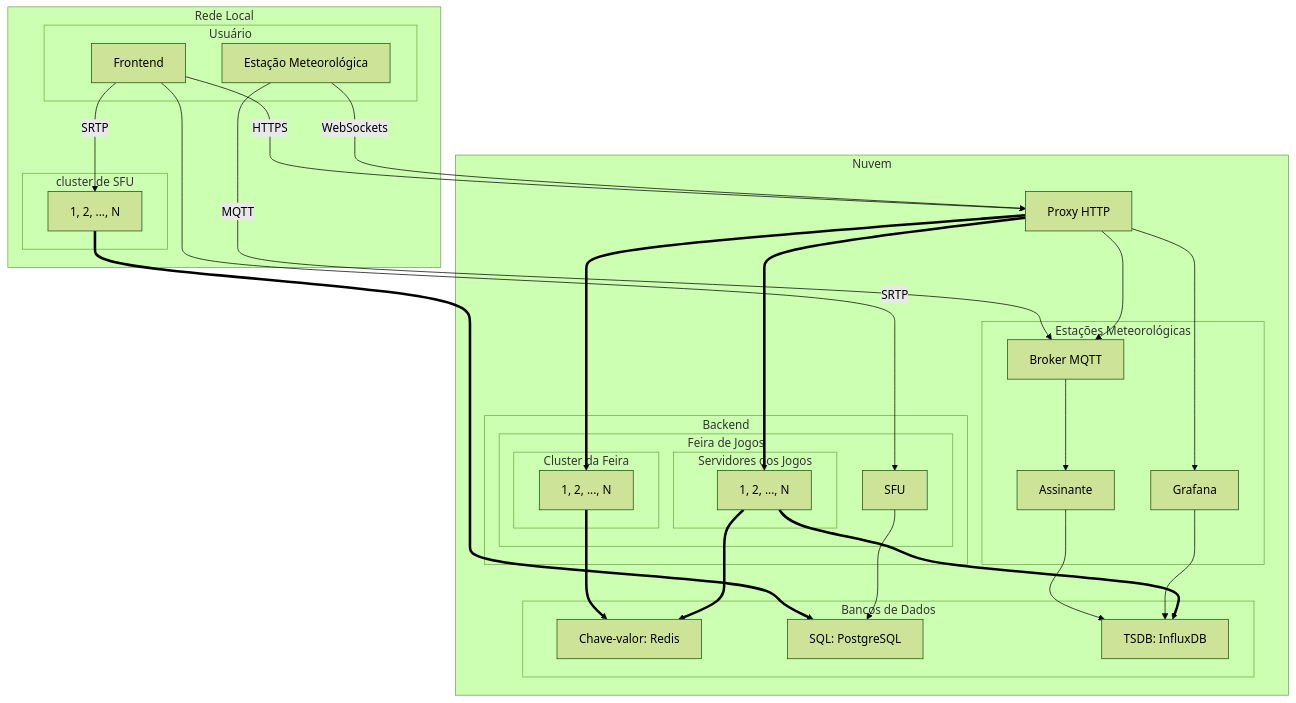
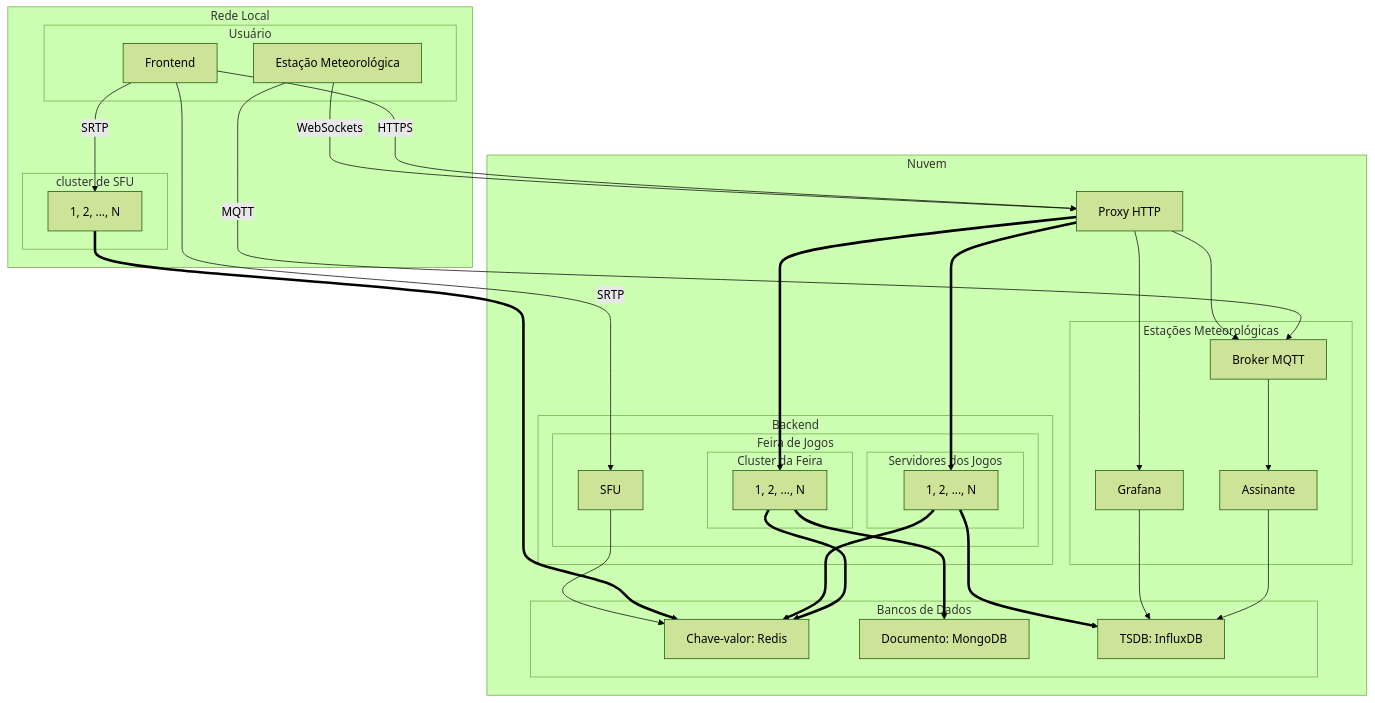
One commit to feira-de-jogos/feira-de-jogos changed the first of 2 diagrams in docs/v3/README.md. Above: the diagram before and after it, drawn with Mermaid (forest theme). The commit also changed other lines of this file, not shown here.

Commit message:
Adicionar MongoDB e corrigir LiveKit com Redis

````diff
--- a/docs/v3/README.md
+++ b/docs/v3/README.md
@@ -42,68 +43,70 @@
 ```mermaid
 flowchart TD
 
 subgraph Rede Local
   subgraph Usuário
     A[Frontend]
     B[Estação Meteorológica]
   end
 
   subgraph cluster de SFU
     K[1, 2, ..., N]
   end
 end
 
 subgraph Nuvem
   C[Proxy HTTP]
 
   subgraph Estações Meteorológicas
     D[Broker MQTT]
     F[Assinante]
     J[Grafana]
   end
 
   subgraph Backend
     subgraph Feira de Jogos
       subgraph Cluster da Feira
         G[1, 2, ..., N]
       end
 
       subgraph Servidores dos Jogos
         I[1, 2, ..., N]
       end
 
       M[SFU]
     end
   end
 
   subgraph Bancos de Dados
     H[Chave-valor: Redis]
-    L[SQL: PostgreSQL]
+    L[Documento: MongoDB]
     E[TSDB: InfluxDB]
   end
 end
 
 A --> |HTTPS| C
 B --> |WebSockets| C
 B --> |MQTT| D
 
 C --> D
 D --> F
 F --> E
 
 C ==> G
 G ==> H
 
 C ==> I
 I ==> H
 
 C --> J
 J --> E
 
 I ==> E
 
 A --> |SRTP| K
 A --> |SRTP| M
-K ==> L
-M --> L
+K ==> H
+M --> H
+
+G ==> L
 ```
````
